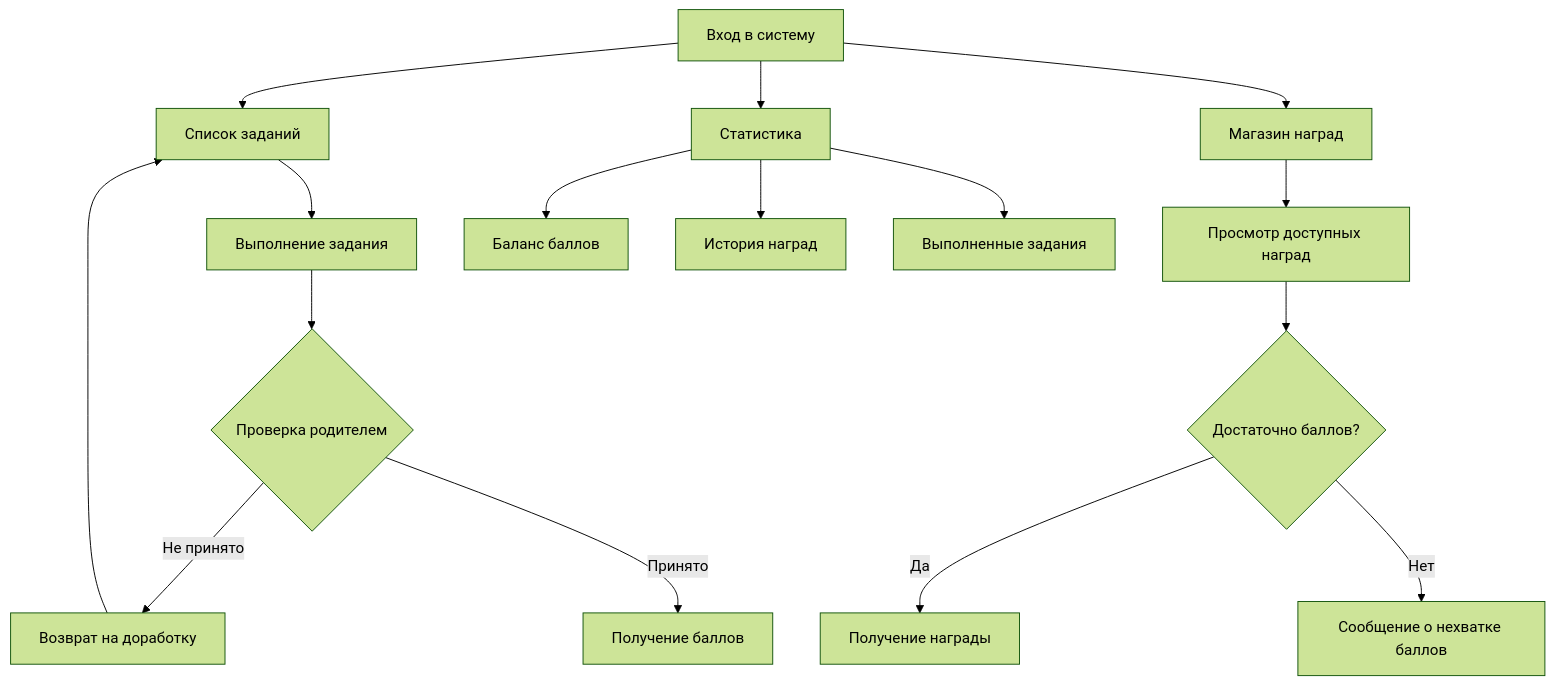
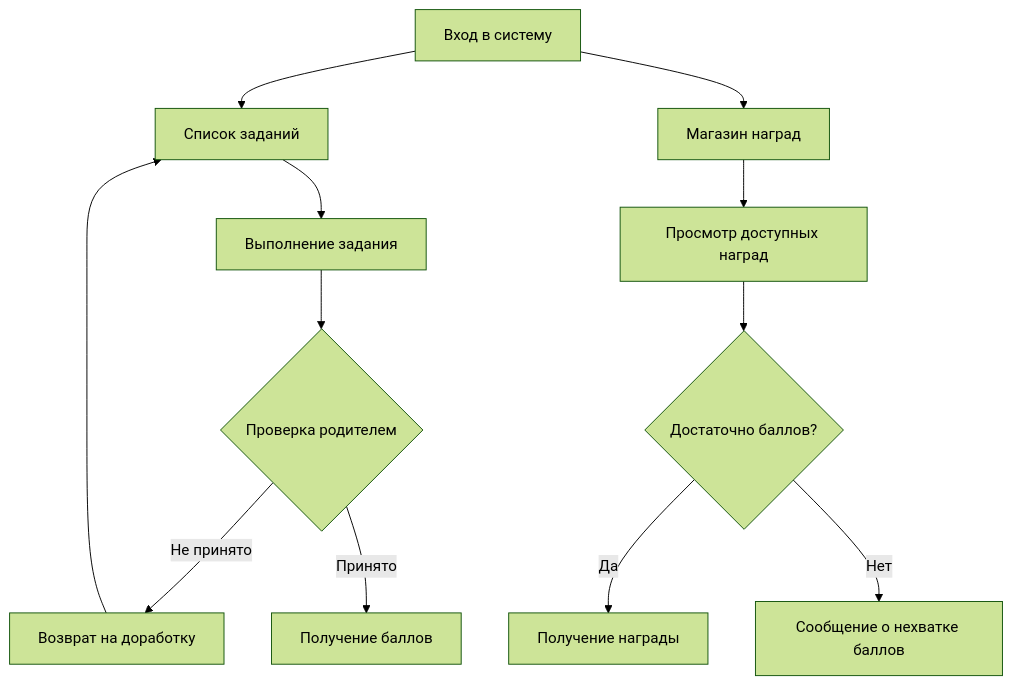
The diagram in docs/diagrams/child.mermaid (kid-tasks-ai/kid-tasks-ai), drawn with Mermaid (forest theme) before and after one commit.

Commit message:
Edit diagrams (#8)
* update diagrams

```diff
--- a/docs/diagrams/child.mermaid
+++ b/docs/diagrams/child.mermaid
@@ -1,20 +1,15 @@
 flowchart TD
     A1[Вход в систему]
 
     A1 --> B1[Список заданий]
     B1 --> B2[Выполнение задания]
     B2 --> B3{Проверка родителем}
     B3 -->|Не принято| B4[Возврат на доработку]
     B4 --> B1
     B3 -->|Принято| B5[Получение баллов]
 
     A1 --> C1[Магазин наград]
     C1 --> C2[Просмотр доступных наград]
     C2 --> C3{Достаточно баллов?}
     C3 -->|Да| C4[Получение награды]
     C3 -->|Нет| C5[Сообщение о нехватке баллов]
-
-    A1 --> D1[Статистика]
-    D1 --> D2[Баланс баллов]
-    D1 --> D3[История наград]
-    D1 --> D4[Выполненные задания]
```
